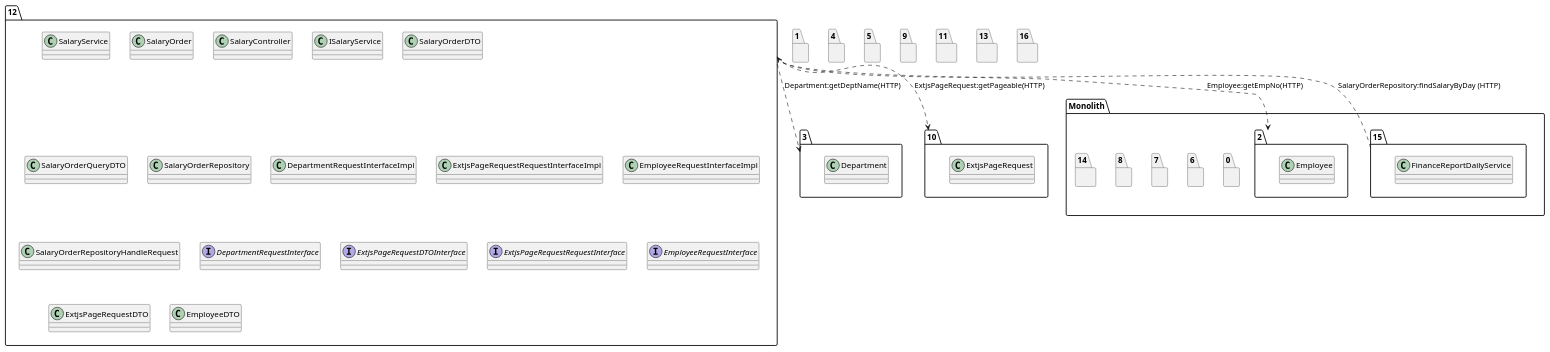
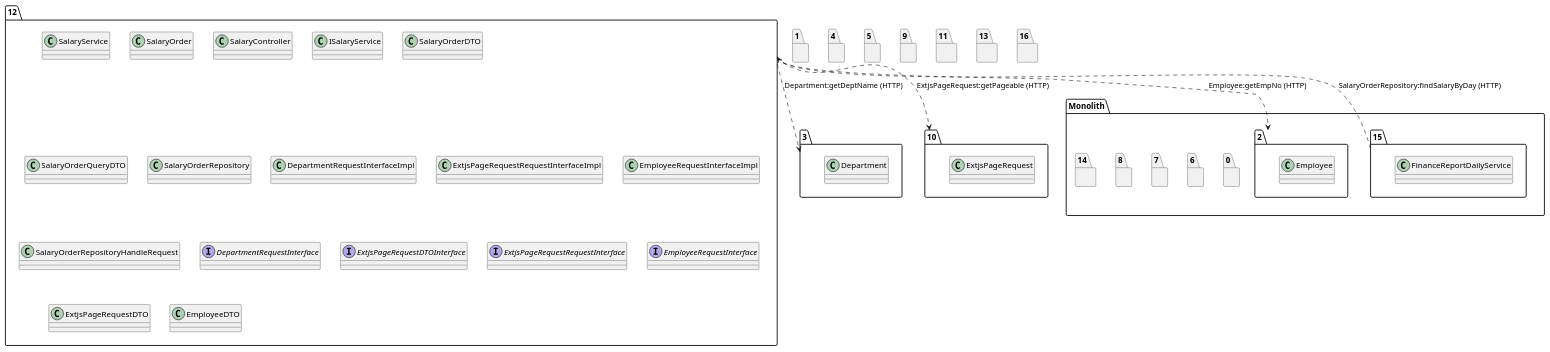
The diagram in visualization_tool/backend/files/hotelManagementSystem/umls/states/service12_final_state.puml (SoftwareForHumans/MicroOnion), drawn with PlantUML before and after one commit. The commit also changed 436 other files, not shown here.

```diff
--- a/visualization_tool/backend/files/hotelManagementSystem/umls/states/service12_final_state.puml
+++ b/visualization_tool/backend/files/hotelManagementSystem/umls/states/service12_final_state.puml
@@ -1,63 +1,63 @@
 @startuml
 package "12"{
 class SalaryService
 class SalaryOrder
 class SalaryController
 class ISalaryService
 class SalaryOrderDTO
 class SalaryOrderQueryDTO
 class SalaryOrderRepository
 class DepartmentRequestInterfaceImpl
 class ExtjsPageRequestRequestInterfaceImpl
 class EmployeeRequestInterfaceImpl
 class SalaryOrderRepositoryHandleRequest
 interface DepartmentRequestInterface
 interface ExtjsPageRequestDTOInterface
 interface ExtjsPageRequestRequestInterface
 interface EmployeeRequestInterface
 class ExtjsPageRequestDTO
 class EmployeeDTO
 }
 package "1"{
 }
 package "3"{
 class Department
 }
 package "4"{
 }
 package "5"{
 }
 package "9"{
 }
 package "10"{
 class ExtjsPageRequest
 }
 package "11"{
 }
 package "13"{
 }
 package "16"{
 }
 package "Monolith" {
 package "0"{
 }
 package "2"{
 class Employee
 }
 package "6"{
 }
 package "7"{
 }
 package "8"{
 }
 package "14"{
 }
 package "15"{
 class FinanceReportDailyService
 }
 }
-"12"..>"3":Department:getDeptName(HTTP)
-"12"..>"10":ExtjsPageRequest:getPageable(HTTP)
-"12"..>"2":Employee:getEmpNo(HTTP)
+"12"..>"3":Department:getDeptName (HTTP)
+"12"..>"10":ExtjsPageRequest:getPageable (HTTP)
+"12"..>"2":Employee:getEmpNo (HTTP)
 "15"..>"12":SalaryOrderRepository:findSalaryByDay (HTTP)
 @enduml
```
